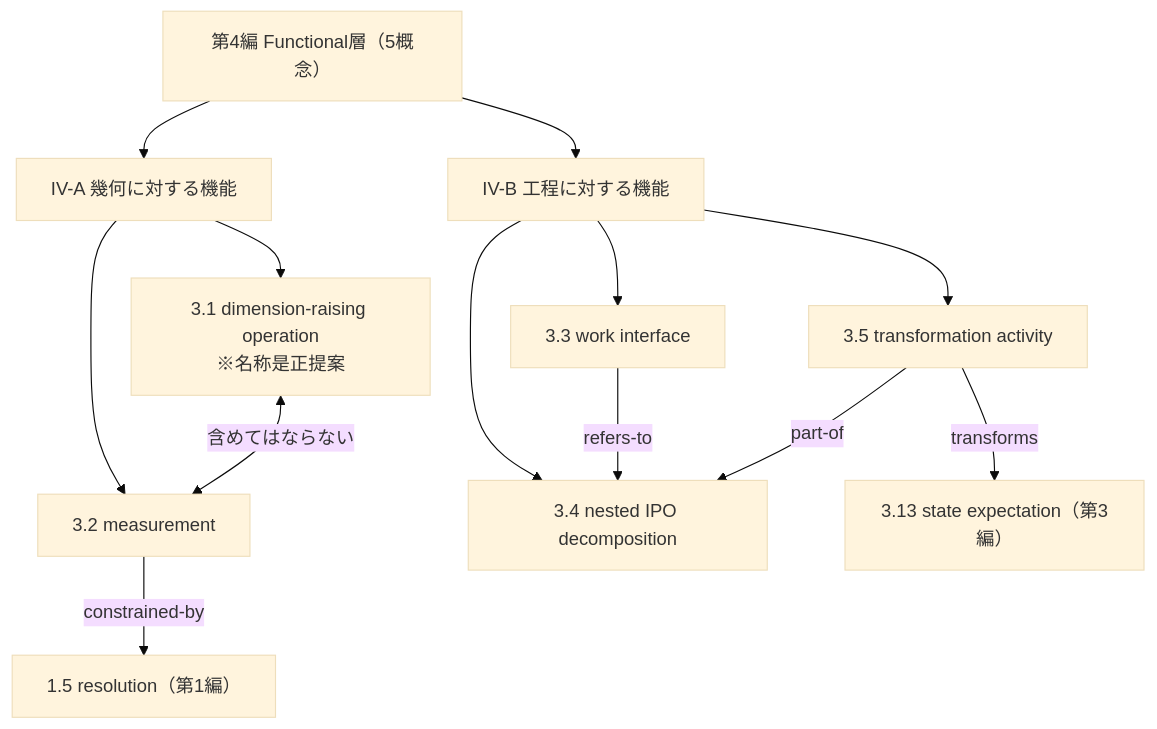
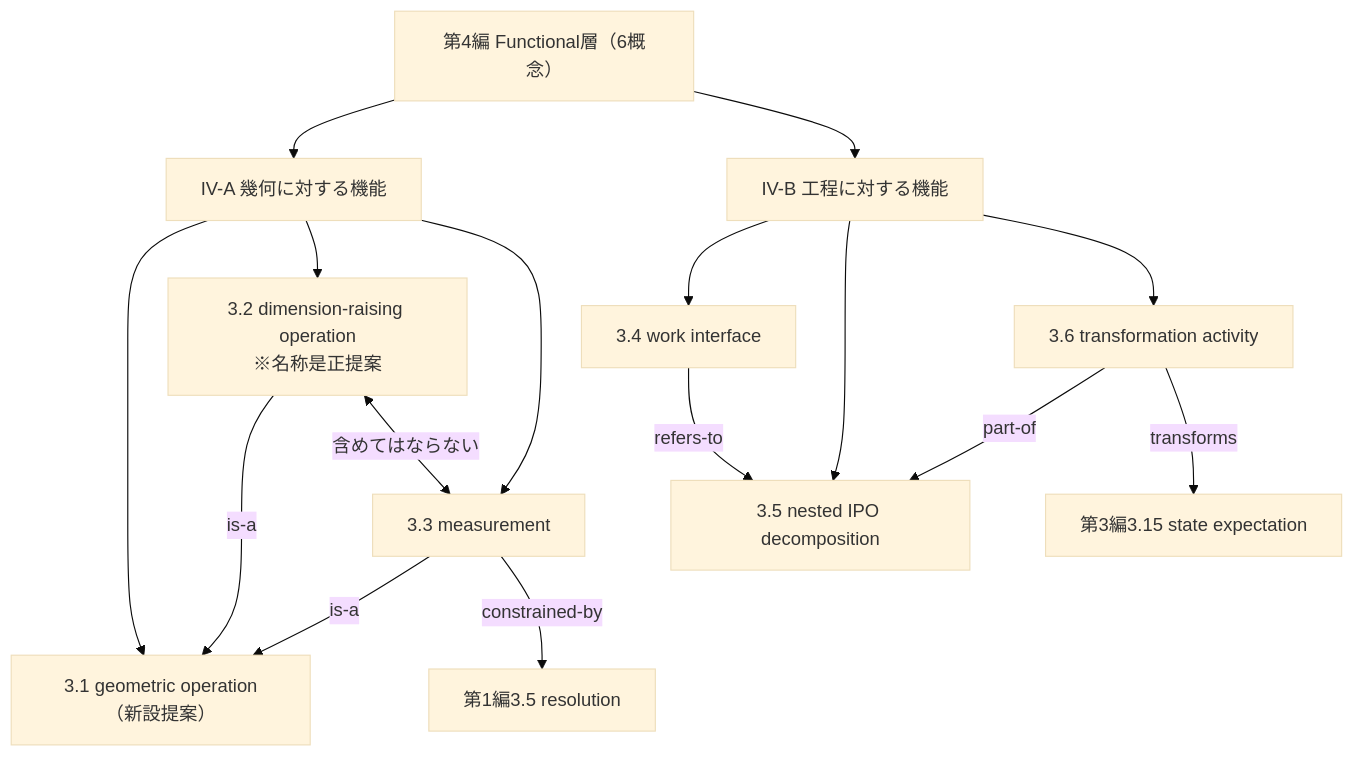
The second of 2 diagrams in pilot/part4-functional.md (yuubae215/my-dictionary), drawn with Mermaid (base theme) before and after one commit. The commit also changed other lines of this file and 8 other files, not shown here.

````diff
--- a/pilot/part4-functional.md
+++ b/pilot/part4-functional.md
@@ -201,18 +226,21 @@
 ```mermaid
 flowchart TB
-    P4["第4編 Functional層（5概念）"]
+    P4["第4編 Functional層（6概念）"]
     P4 --> A["IV-A 幾何に対する機能"]
     P4 --> B["IV-B 工程に対する機能"]
 
-    A --> A1["3.1 dimension-raising operation<br/>※名称是正提案"]
-    A --> A2["3.2 measurement"]
-    B --> B1["3.3 work interface"]
-    B --> B2["3.4 nested IPO decomposition"]
-    B --> B3["3.5 transformation activity"]
+    A --> A0["3.1 geometric operation（新設提案）"]
+    A --> A1["3.2 dimension-raising operation<br/>※名称是正提案"]
+    A --> A2["3.3 measurement"]
+    B --> B1["3.4 work interface"]
+    B --> B2["3.5 nested IPO decomposition"]
+    B --> B3["3.6 transformation activity"]
 
+    A1 -->|is-a| A0
+    A2 -->|is-a| A0
     A1 <-->|"含めてはならない"| A2
-    A2 -->|constrained-by| R["1.5 resolution（第1編）"]
+    A2 -->|constrained-by| R["第1編3.5 resolution"]
     B1 -->|refers-to| B2
     B3 -->|part-of| B2
-    B3 -->|transforms| S["3.13 state expectation（第3編）"]
+    B3 -->|transforms| S["第3編3.15 state expectation"]
 ```
````
